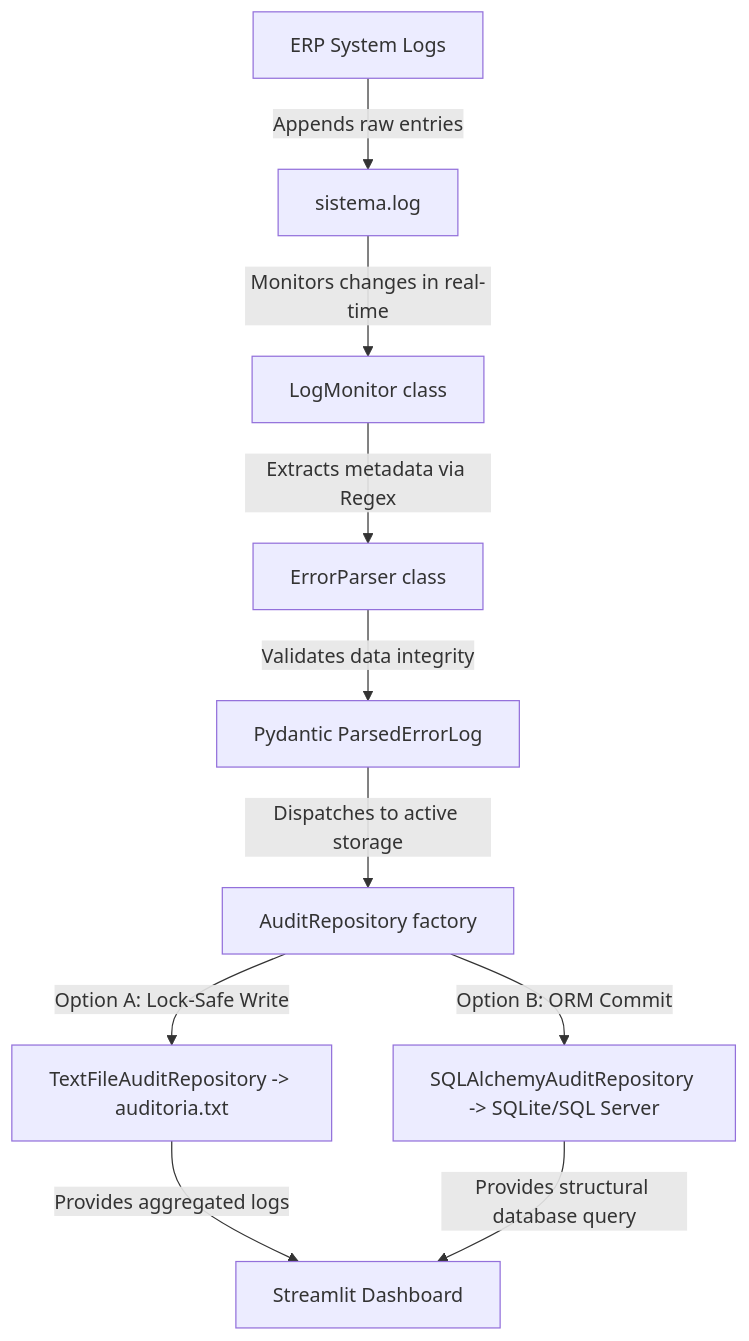
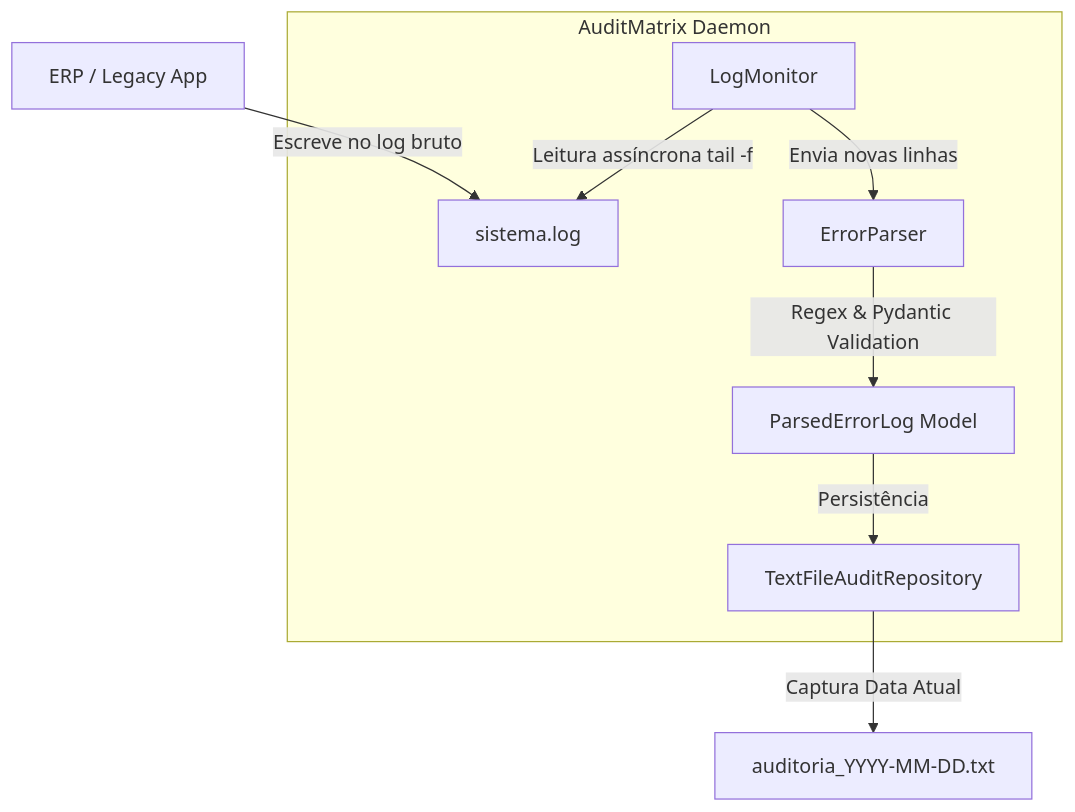
The diagram in README.md (eduardoZ777/AuditMatrix), drawn with Mermaid before and after one commit. The commit also changed other lines of this file, not shown here.

Commit message:
docs: update README with daemon architecture and LinkedIn template

````diff
--- a/README.md
+++ b/README.md
@@ -12,13 +26,13 @@
 ```mermaid
 graph TD
-    ERP[ERP System Logs] -->|Appends raw entries| SourceLog[sistema.log]
-    SourceLog -->|Monitors changes in real-time| LogMonitor[LogMonitor class]
-    LogMonitor -->|Extracts metadata via Regex| ErrorParser[ErrorParser class]
-    ErrorParser -->|Validates data integrity| PydanticModel[Pydantic ParsedErrorLog]
-    PydanticModel -->|Dispatches to active storage| Repository[AuditRepository factory]
-    Repository -->|Option A: Lock-Safe Write| TextRepo[TextFileAuditRepository -> auditoria.txt]
-    Repository -->|Option B: ORM Commit| DBRepo[SQLAlchemyAuditRepository -> SQLite/SQL Server]
+    ERP[ERP / Legacy App] -->|Escreve no log bruto| sistema.log
     
-    TextRepo -->|Provides aggregated logs| Dashboard[Streamlit Dashboard]
-    DBRepo -->|Provides structural database query| Dashboard
+    subgraph AuditMatrix Daemon
+        Monitor[LogMonitor] -->|Leitura assíncrona tail -f| sistema.log
+        Monitor -->|Envia novas linhas| Parser[ErrorParser]
+        Parser -->|Regex & Pydantic Validation| ParsedLog[ParsedErrorLog Model]
+        ParsedLog -->|Persistência| Repository[TextFileAuditRepository]
+    end
+    
+    Repository -->|Captura Data Atual| Output[auditoria_YYYY-MM-DD.txt]
 ```
````
